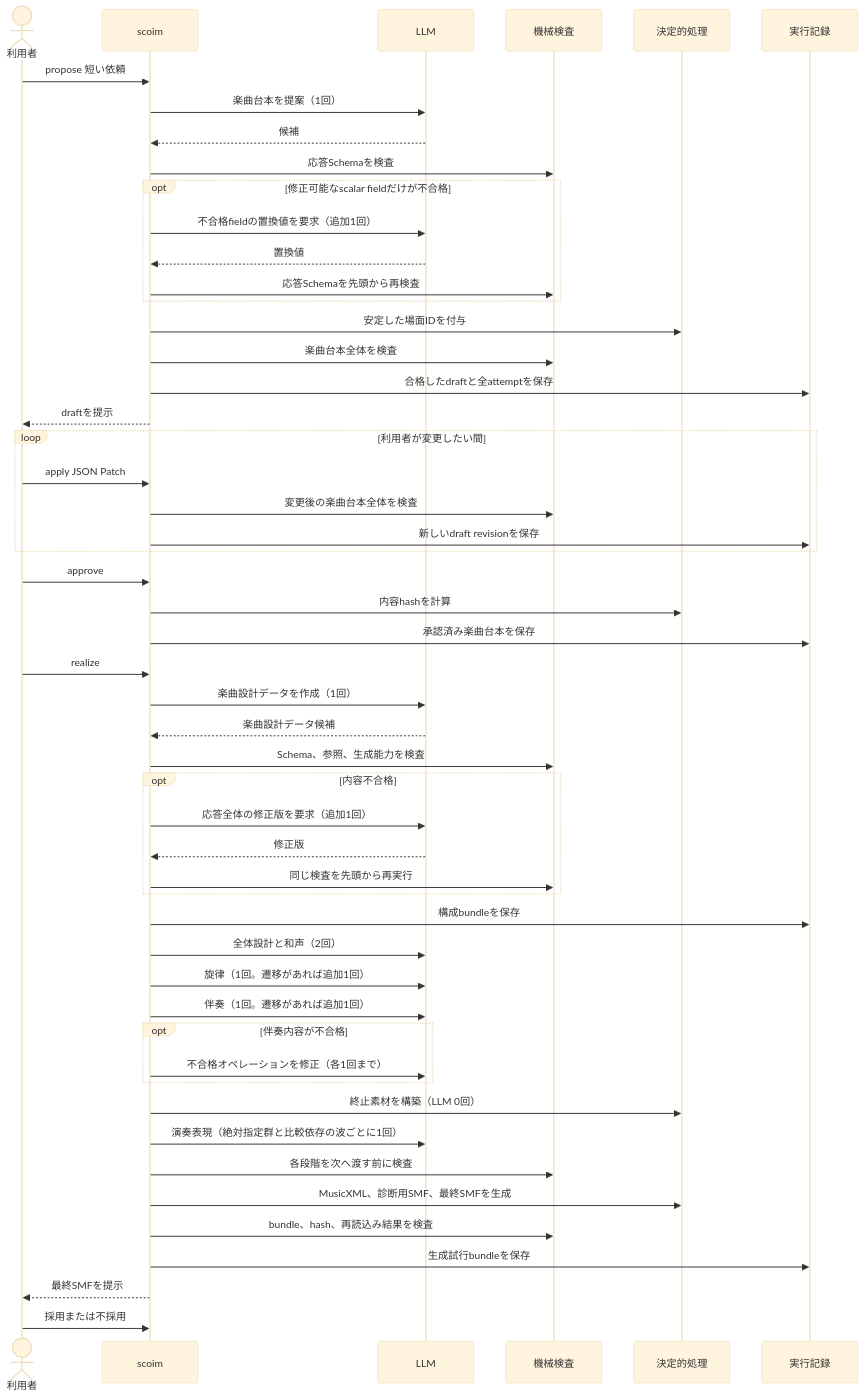
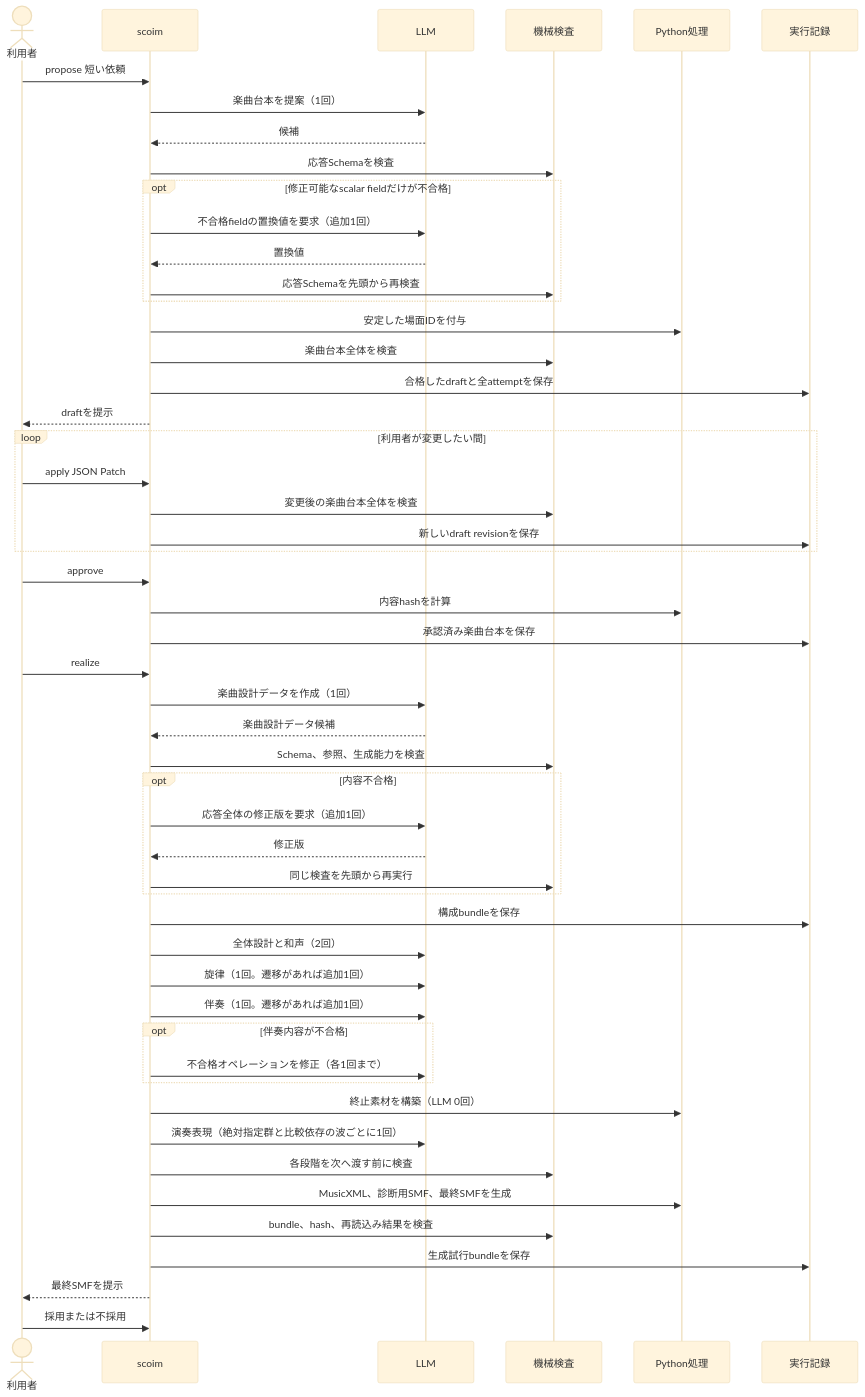
Before and after one commit to AllegroMoltoV/scoim: the first of 2 diagrams in docs/design/scoim-generation-workflow.md, drawn with Mermaid (base theme). The commit also changed other lines of this file and 11 other files, not shown here.

````diff
--- a/docs/design/scoim-generation-workflow.md
+++ b/docs/design/scoim-generation-workflow.md
@@ -11,58 +11,58 @@
 ```mermaid
 sequenceDiagram
     actor User as 利用者
     participant CLI as scoim
     participant LLM
     participant Check as 機械検査
-    participant Python as 決定的処理
+    participant Python as Python処理
     participant Record as 実行記録
 
     User->>CLI: propose 短い依頼
     CLI->>LLM: 楽曲台本を提案（1回）
     LLM-->>CLI: 候補
     CLI->>Check: 応答Schemaを検査
     opt 修正可能なscalar fieldだけが不合格
         CLI->>LLM: 不合格fieldの置換値を要求（追加1回）
         LLM-->>CLI: 置換値
         CLI->>Check: 応答Schemaを先頭から再検査
     end
     CLI->>Python: 安定した場面IDを付与
     CLI->>Check: 楽曲台本全体を検査
     CLI->>Record: 合格したdraftと全attemptを保存
     CLI-->>User: draftを提示
 
     loop 利用者が変更したい間
         User->>CLI: apply JSON Patch
         CLI->>Check: 変更後の楽曲台本全体を検査
         CLI->>Record: 新しいdraft revisionを保存
     end
     User->>CLI: approve
     CLI->>Python: 内容hashを計算
     CLI->>Record: 承認済み楽曲台本を保存
 
     User->>CLI: realize
     CLI->>LLM: 楽曲設計データを作成（1回）
     LLM-->>CLI: 楽曲設計データ候補
     CLI->>Check: Schema、参照、生成能力を検査
     opt 内容不合格
         CLI->>LLM: 応答全体の修正版を要求（追加1回）
         LLM-->>CLI: 修正版
         CLI->>Check: 同じ検査を先頭から再実行
     end
     CLI->>Record: 構成bundleを保存
 
     CLI->>LLM: 全体設計と和声（2回）
     CLI->>LLM: 旋律（1回。遷移があれば追加1回）
     CLI->>LLM: 伴奏（1回。遷移があれば追加1回）
     opt 伴奏内容が不合格
         CLI->>LLM: 不合格オペレーションを修正（各1回まで）
     end
     CLI->>Python: 終止素材を構築（LLM 0回）
     CLI->>LLM: 演奏表現（絶対指定群と比較依存の波ごとに1回）
     CLI->>Check: 各段階を次へ渡す前に検査
     CLI->>Python: MusicXML、診断用SMF、最終SMFを生成
     CLI->>Check: bundle、hash、再読込み結果を検査
     CLI->>Record: 生成試行bundleを保存
     CLI-->>User: 最終SMFを提示
     User->>CLI: 採用または不採用
 ```
````
